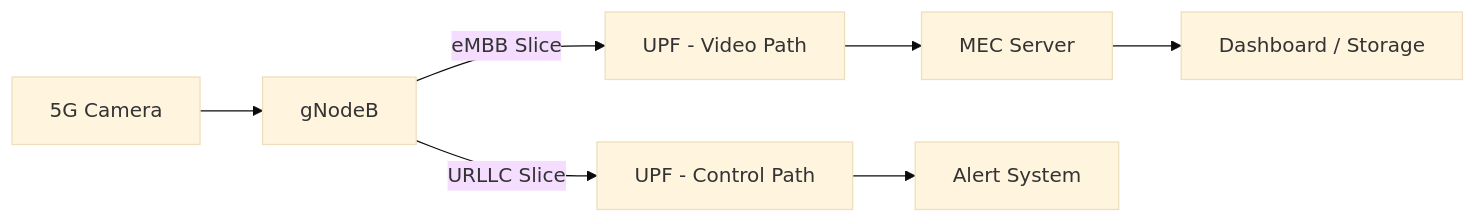
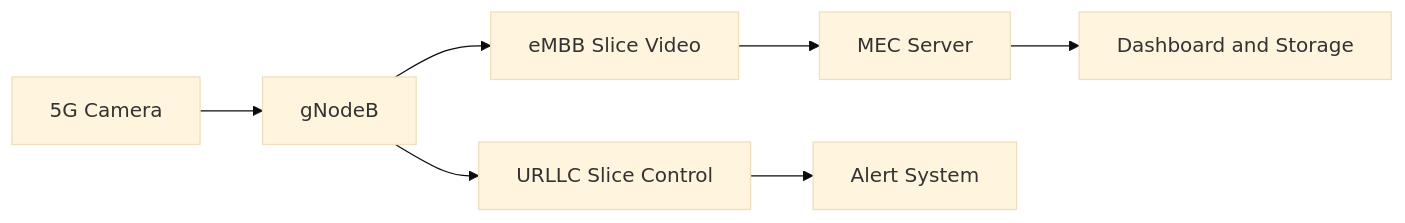
One commit to bhavyasahni123/5G-Person-Detection-System changed the second of 3 diagrams in README.md. Above: the diagram before and after it, drawn with Mermaid (base theme). The commit also changed other lines of this file, not shown here.

````diff
--- a/README.md
+++ b/README.md
@@ -38,12 +39,12 @@
 ```mermaid
 flowchart LR
     A[5G Camera] --> B[gNodeB]
 
-    B -->|eMBB Slice| C1[UPF - Video Path]
-    B -->|URLLC Slice| C2[UPF - Control Path]
+    B --> C1[eMBB Slice Video]
+    B --> C2[URLLC Slice Control]
 
     C1 --> D[MEC Server]
     C2 --> E[Alert System]
 
-    D --> F[Dashboard / Storage]
+    D --> F[Dashboard and Storage]
 ```
````
